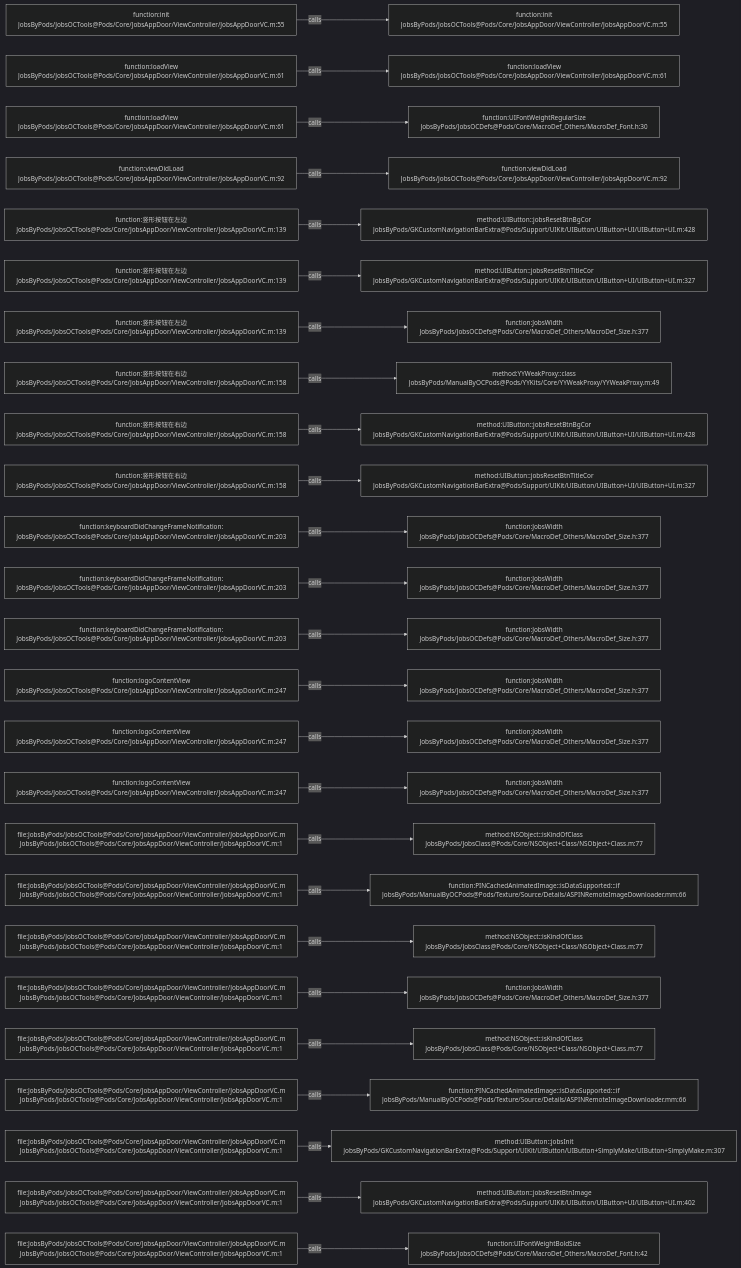
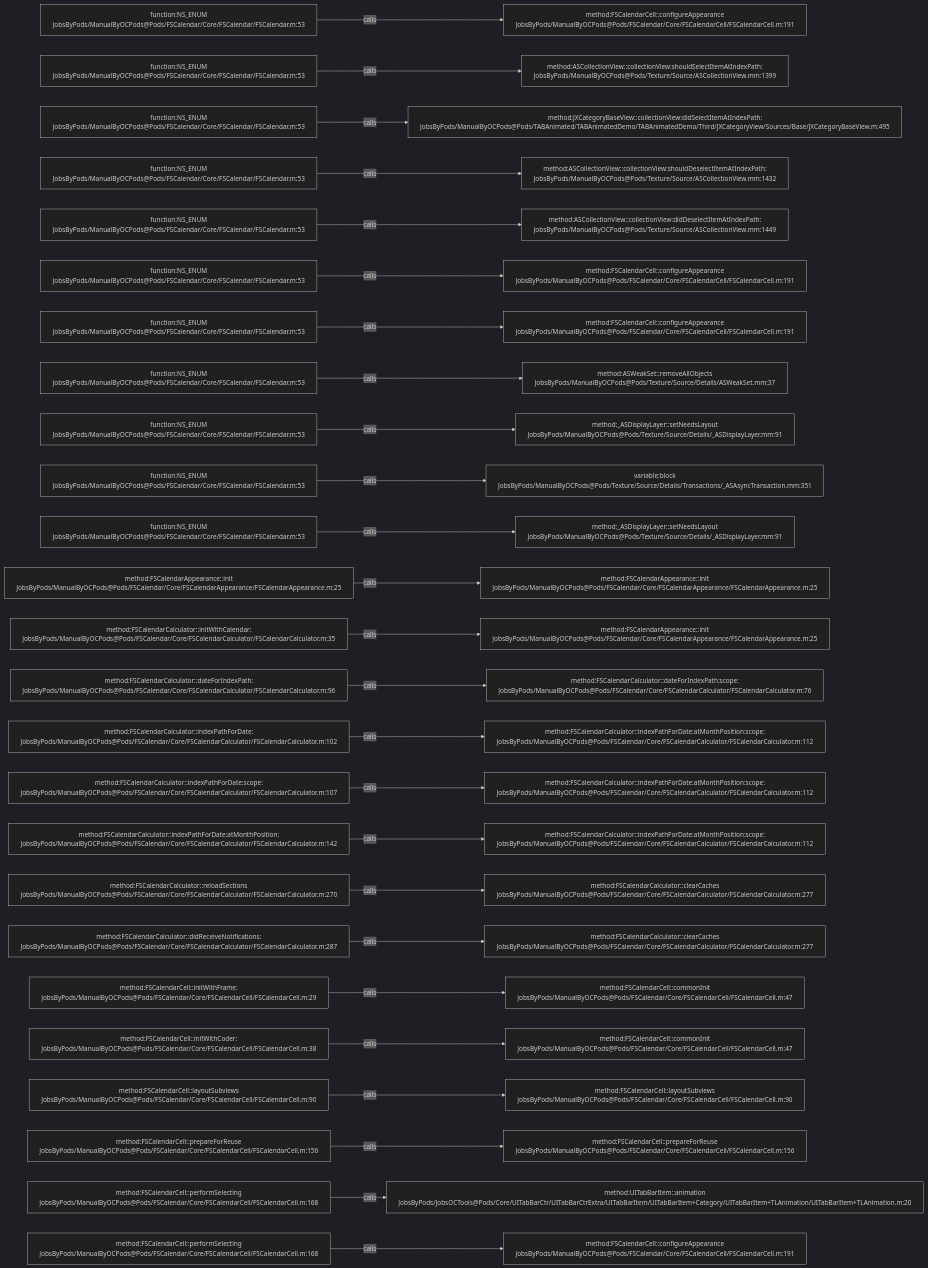
Before and after one commit to JobsKits/JobsOCBaseConfigDemo: the diagram in .codegraph/codegraph.md/graphs/calls-190.md, drawn with Mermaid (dark theme). The commit also changed 1026 other files, not shown here.

````diff
--- a/.codegraph/codegraph.md/graphs/calls-190.md
+++ b/.codegraph/codegraph.md/graphs/calls-190.md
@@ -13,78 +13,78 @@
 ```mermaid
 flowchart LR
-  S1["function:init<br/>JobsByPods/JobsOCTools@Pods/Core/JobsAppDoor/ViewController/JobsAppDoorVC.m:55"]
-  T1["function:init<br/>JobsByPods/JobsOCTools@Pods/Core/JobsAppDoor/ViewController/JobsAppDoorVC.m:55"]
+  S1["function:NS_ENUM<br/>JobsByPods/ManualByOCPods@Pods/FSCalendar/Core/FSCalendar/FSCalendar.m:53"]
+  T1["method:FSCalendarCell::configureAppearance<br/>JobsByPods/ManualByOCPods@Pods/FSCalendar/Core/FSCalendarCell/FSCalendarCell.m:191"]
   S1 -->|calls| T1
-  S2["function:loadView<br/>JobsByPods/JobsOCTools@Pods/Core/JobsAppDoor/ViewController/JobsAppDoorVC.m:61"]
-  T2["function:loadView<br/>JobsByPods/JobsOCTools@Pods/Core/JobsAppDoor/ViewController/JobsAppDoorVC.m:61"]
+  S2["function:NS_ENUM<br/>JobsByPods/ManualByOCPods@Pods/FSCalendar/Core/FSCalendar/FSCalendar.m:53"]
+  T2["method:ASCollectionView::collectionView:shouldSelectItemAtIndexPath:<br/>JobsByPods/ManualByOCPods@Pods/Texture/Source/ASCollectionView.mm:1399"]
   S2 -->|calls| T2
-  S3["function:loadView<br/>JobsByPods/JobsOCTools@Pods/Core/JobsAppDoor/ViewController/JobsAppDoorVC.m:61"]
-  T3["function:UIFontWeightRegularSize<br/>JobsByPods/JobsOCDefs@Pods/Core/MacroDef_Others/MacroDef_Font.h:30"]
+  S3["function:NS_ENUM<br/>JobsByPods/ManualByOCPods@Pods/FSCalendar/Core/FSCalendar/FSCalendar.m:53"]
+  T3["method:JXCategoryBaseView::collectionView:didSelectItemAtIndexPath:<br/>JobsByPods/ManualByOCPods@Pods/TABAnimated/TABAnimatedDemo/TABAnimatedDemo/Third/JXCategoryView/Sources/Base/JXCategoryBaseView.m:495"]
   S3 -->|calls| T3
-  S4["function:viewDidLoad<br/>JobsByPods/JobsOCTools@Pods/Core/JobsAppDoor/ViewController/JobsAppDoorVC.m:92"]
-  T4["function:viewDidLoad<br/>JobsByPods/JobsOCTools@Pods/Core/JobsAppDoor/ViewController/JobsAppDoorVC.m:92"]
+  S4["function:NS_ENUM<br/>JobsByPods/ManualByOCPods@Pods/FSCalendar/Core/FSCalendar/FSCalendar.m:53"]
+  T4["method:ASCollectionView::collectionView:shouldDeselectItemAtIndexPath:<br/>JobsByPods/ManualByOCPods@Pods/Texture/Source/ASCollectionView.mm:1432"]
   S4 -->|calls| T4
-  S5["function:竖形按钮在左边<br/>JobsByPods/JobsOCTools@Pods/Core/JobsAppDoor/ViewController/JobsAppDoorVC.m:139"]
-  T5["method:UIButton::jobsResetBtnBgCor<br/>JobsByPods/GKCustomNavigationBarExtra@Pods/Support/UIKit/UIButton/UIButton+UI/UIButton+UI.m:428"]
+  S5["function:NS_ENUM<br/>JobsByPods/ManualByOCPods@Pods/FSCalendar/Core/FSCalendar/FSCalendar.m:53"]
+  T5["method:ASCollectionView::collectionView:didDeselectItemAtIndexPath:<br/>JobsByPods/ManualByOCPods@Pods/Texture/Source/ASCollectionView.mm:1449"]
   S5 -->|calls| T5
-  S6["function:竖形按钮在左边<br/>JobsByPods/JobsOCTools@Pods/Core/JobsAppDoor/ViewController/JobsAppDoorVC.m:139"]
-  T6["method:UIButton::jobsResetBtnTitleCor<br/>JobsByPods/GKCustomNavigationBarExtra@Pods/Support/UIKit/UIButton/UIButton+UI/UIButton+UI.m:327"]
+  S6["function:NS_ENUM<br/>JobsByPods/ManualByOCPods@Pods/FSCalendar/Core/FSCalendar/FSCalendar.m:53"]
+  T6["method:FSCalendarCell::configureAppearance<br/>JobsByPods/ManualByOCPods@Pods/FSCalendar/Core/FSCalendarCell/FSCalendarCell.m:191"]
   S6 -->|calls| T6
-  S7["function:竖形按钮在左边<br/>JobsByPods/JobsOCTools@Pods/Core/JobsAppDoor/ViewController/JobsAppDoorVC.m:139"]
-  T7["function:JobsWidth<br/>JobsByPods/JobsOCDefs@Pods/Core/MacroDef_Others/MacroDef_Size.h:377"]
+  S7["function:NS_ENUM<br/>JobsByPods/ManualByOCPods@Pods/FSCalendar/Core/FSCalendar/FSCalendar.m:53"]
+  T7["method:FSCalendarCell::configureAppearance<br/>JobsByPods/ManualByOCPods@Pods/FSCalendar/Core/FSCalendarCell/FSCalendarCell.m:191"]
   S7 -->|calls| T7
-  S8["function:竖形按钮在右边<br/>JobsByPods/JobsOCTools@Pods/Core/JobsAppDoor/ViewController/JobsAppDoorVC.m:158"]
-  T8["method:YYWeakProxy::class<br/>JobsByPods/ManualByOCPods@Pods/YYKits/Core/YYWeakProxy/YYWeakProxy.m:49"]
+  S8["function:NS_ENUM<br/>JobsByPods/ManualByOCPods@Pods/FSCalendar/Core/FSCalendar/FSCalendar.m:53"]
+  T8["method:ASWeakSet::removeAllObjects<br/>JobsByPods/ManualByOCPods@Pods/Texture/Source/Details/ASWeakSet.mm:37"]
   S8 -->|calls| T8
-  S9["function:竖形按钮在右边<br/>JobsByPods/JobsOCTools@Pods/Core/JobsAppDoor/ViewController/JobsAppDoorVC.m:158"]
-  T9["method:UIButton::jobsResetBtnBgCor<br/>JobsByPods/GKCustomNavigationBarExtra@Pods/Support/UIKit/UIButton/UIButton+UI/UIButton+UI.m:428"]
+  S9["function:NS_ENUM<br/>JobsByPods/ManualByOCPods@Pods/FSCalendar/Core/FSCalendar/FSCalendar.m:53"]
+  T9["method:_ASDisplayLayer::setNeedsLayout<br/>JobsByPods/ManualByOCPods@Pods/Texture/Source/Details/_ASDisplayLayer.mm:91"]
   S9 -->|calls| T9
-  S10["function:竖形按钮在右边<br/>JobsByPods/JobsOCTools@Pods/Core/JobsAppDoor/ViewController/JobsAppDoorVC.m:158"]
-  T10["method:UIButton::jobsResetBtnTitleCor<br/>JobsByPods/GKCustomNavigationBarExtra@Pods/Support/UIKit/UIButton/UIButton+UI/UIButton+UI.m:327"]
+  S10["function:NS_ENUM<br/>JobsByPods/ManualByOCPods@Pods/FSCalendar/Core/FSCalendar/FSCalendar.m:53"]
+  T10["variable:block<br/>JobsByPods/ManualByOCPods@Pods/Texture/Source/Details/Transactions/_ASAsyncTransaction.mm:351"]
   S10 -->|calls| T10
-  S11["function:keyboardDidChangeFrameNotification:<br/>JobsByPods/JobsOCTools@Pods/Core/JobsAppDoor/ViewController/JobsAppDoorVC.m:203"]
-  T11["function:JobsWidth<br/>JobsByPods/JobsOCDefs@Pods/Core/MacroDef_Others/MacroDef_Size.h:377"]
+  S11["function:NS_ENUM<br/>JobsByPods/ManualByOCPods@Pods/FSCalendar/Core/FSCalendar/FSCalendar.m:53"]
+  T11["method:_ASDisplayLayer::setNeedsLayout<br/>JobsByPods/ManualByOCPods@Pods/Texture/Source/Details/_ASDisplayLayer.mm:91"]
   S11 -->|calls| T11
-  S12["function:keyboardDidChangeFrameNotification:<br/>JobsByPods/JobsOCTools@Pods/Core/JobsAppDoor/ViewController/JobsAppDoorVC.m:203"]
-  T12["function:JobsWidth<br/>JobsByPods/JobsOCDefs@Pods/Core/MacroDef_Others/MacroDef_Size.h:377"]
+  S12["method:FSCalendarAppearance::init<br/>JobsByPods/ManualByOCPods@Pods/FSCalendar/Core/FSCalendarAppearance/FSCalendarAppearance.m:25"]
+  T12["method:FSCalendarAppearance::init<br/>JobsByPods/ManualByOCPods@Pods/FSCalendar/Core/FSCalendarAppearance/FSCalendarAppearance.m:25"]
   S12 -->|calls| T12
-  S13["function:keyboardDidChangeFrameNotification:<br/>JobsByPods/JobsOCTools@Pods/Core/JobsAppDoor/ViewController/JobsAppDoorVC.m:203"]
-  T13["function:JobsWidth<br/>JobsByPods/JobsOCDefs@Pods/Core/MacroDef_Others/MacroDef_Size.h:377"]
+  S13["method:FSCalendarCalculator::initWithCalendar:<br/>JobsByPods/ManualByOCPods@Pods/FSCalendar/Core/FSCalendarCalculator/FSCalendarCalculator.m:35"]
+  T13["method:FSCalendarAppearance::init<br/>JobsByPods/ManualByOCPods@Pods/FSCalendar/Core/FSCalendarAppearance/FSCalendarAppearance.m:25"]
   S13 -->|calls| T13
-  S14["function:logoContentView<br/>JobsByPods/JobsOCTools@Pods/Core/JobsAppDoor/ViewController/JobsAppDoorVC.m:247"]
-  T14["function:JobsWidth<br/>JobsByPods/JobsOCDefs@Pods/Core/MacroDef_Others/MacroDef_Size.h:377"]
+  S14["method:FSCalendarCalculator::dateForIndexPath:<br/>JobsByPods/ManualByOCPods@Pods/FSCalendar/Core/FSCalendarCalculator/FSCalendarCalculator.m:96"]
+  T14["method:FSCalendarCalculator::dateForIndexPath:scope:<br/>JobsByPods/ManualByOCPods@Pods/FSCalendar/Core/FSCalendarCalculator/FSCalendarCalculator.m:76"]
   S14 -->|calls| T14
-  S15["function:logoContentView<br/>JobsByPods/JobsOCTools@Pods/Core/JobsAppDoor/ViewController/JobsAppDoorVC.m:247"]
-  T15["function:JobsWidth<br/>JobsByPods/JobsOCDefs@Pods/Core/MacroDef_Others/MacroDef_Size.h:377"]
+  S15["method:FSCalendarCalculator::indexPathForDate:<br/>JobsByPods/ManualByOCPods@Pods/FSCalendar/Core/FSCalendarCalculator/FSCalendarCalculator.m:102"]
+  T15["method:FSCalendarCalculator::indexPathForDate:atMonthPosition:scope:<br/>JobsByPods/ManualByOCPods@Pods/FSCalendar/Core/FSCalendarCalculator/FSCalendarCalculator.m:112"]
   S15 -->|calls| T15
-  S16["function:logoContentView<br/>JobsByPods/JobsOCTools@Pods/Core/JobsAppDoor/ViewController/JobsAppDoorVC.m:247"]
-  T16["function:JobsWidth<br/>JobsByPods/JobsOCDefs@Pods/Core/MacroDef_Others/MacroDef_Size.h:377"]
+  S16["method:FSCalendarCalculator::indexPathForDate:scope:<br/>JobsByPods/ManualByOCPods@Pods/FSCalendar/Core/FSCalendarCalculator/FSCalendarCalculator.m:107"]
+  T16["method:FSCalendarCalculator::indexPathForDate:atMonthPosition:scope:<br/>JobsByPods/ManualByOCPods@Pods/FSCalendar/Core/FSCalendarCalculator/FSCalendarCalculator.m:112"]
   S16 -->|calls| T16
-  S17["file:JobsByPods/JobsOCTools@Pods/Core/JobsAppDoor/ViewController/JobsAppDoorVC.m<br/>JobsByPods/JobsOCTools@Pods/Core/JobsAppDoor/ViewController/JobsAppDoorVC.m:1"]
-  T17["method:NSObject::isKindOfClass<br/>JobsByPods/JobsClass@Pods/Core/NSObject+Class/NSObject+Class.m:77"]
+  S17["method:FSCalendarCalculator::indexPathForDate:atMonthPosition:<br/>JobsByPods/ManualByOCPods@Pods/FSCalendar/Core/FSCalendarCalculator/FSCalendarCalculator.m:142"]
+  T17["method:FSCalendarCalculator::indexPathForDate:atMonthPosition:scope:<br/>JobsByPods/ManualByOCPods@Pods/FSCalendar/Core/FSCalendarCalculator/FSCalendarCalculator.m:112"]
   S17 -->|calls| T17
-  S18["file:JobsByPods/JobsOCTools@Pods/Core/JobsAppDoor/ViewController/JobsAppDoorVC.m<br/>JobsByPods/JobsOCTools@Pods/Core/JobsAppDoor/ViewController/JobsAppDoorVC.m:1"]
-  T18["function:PINCachedAnimatedImage::isDataSupported:::if<br/>JobsByPods/ManualByOCPods@Pods/Texture/Source/Details/ASPINRemoteImageDownloader.mm:66"]
+  S18["method:FSCalendarCalculator::reloadSections<br/>JobsByPods/ManualByOCPods@Pods/FSCalendar/Core/FSCalendarCalculator/FSCalendarCalculator.m:270"]
+  T18["method:FSCalendarCalculator::clearCaches<br/>JobsByPods/ManualByOCPods@Pods/FSCalendar/Core/FSCalendarCalculator/FSCalendarCalculator.m:277"]
   S18 -->|calls| T18
-  S19["file:JobsByPods/JobsOCTools@Pods/Core/JobsAppDoor/ViewController/JobsAppDoorVC.m<br/>JobsByPods/JobsOCTools@Pods/Core/JobsAppDoor/ViewController/JobsAppDoorVC.m:1"]
-  T19["method:NSObject::isKindOfClass<br/>JobsByPods/JobsClass@Pods/Core/NSObject+Class/NSObject+Class.m:77"]
+  S19["method:FSCalendarCalculator::didReceiveNotifications:<br/>JobsByPods/ManualByOCPods@Pods/FSCalendar/Core/FSCalendarCalculator/FSCalendarCalculator.m:287"]
+  T19["method:FSCalendarCalculator::clearCaches<br/>JobsByPods/ManualByOCPods@Pods/FSCalendar/Core/FSCalendarCalculator/FSCalendarCalculator.m:277"]
   S19 -->|calls| T19
-  S20["file:JobsByPods/JobsOCTools@Pods/Core/JobsAppDoor/ViewController/JobsAppDoorVC.m<br/>JobsByPods/JobsOCTools@Pods/Core/JobsAppDoor/ViewController/JobsAppDoorVC.m:1"]
-  T20["function:JobsWidth<br/>JobsByPods/JobsOCDefs@Pods/Core/MacroDef_Others/MacroDef_Size.h:377"]
+  S20["method:FSCalendarCell::initWithFrame:<br/>JobsByPods/ManualByOCPods@Pods/FSCalendar/Core/FSCalendarCell/FSCalendarCell.m:29"]
+  T20["method:FSCalendarCell::commonInit<br/>JobsByPods/ManualByOCPods@Pods/FSCalendar/Core/FSCalendarCell/FSCalendarCell.m:47"]
   S20 -->|calls| T20
-  S21["file:JobsByPods/JobsOCTools@Pods/Core/JobsAppDoor/ViewController/JobsAppDoorVC.m<br/>JobsByPods/JobsOCTools@Pods/Core/JobsAppDoor/ViewController/JobsAppDoorVC.m:1"]
-  T21["method:NSObject::isKindOfClass<br/>JobsByPods/JobsClass@Pods/Core/NSObject+Class/NSObject+Class.m:77"]
+  S21["method:FSCalendarCell::initWithCoder:<br/>JobsByPods/ManualByOCPods@Pods/FSCalendar/Core/FSCalendarCell/FSCalendarCell.m:38"]
+  T21["method:FSCalendarCell::commonInit<br/>JobsByPods/ManualByOCPods@Pods/FSCalendar/Core/FSCalendarCell/FSCalendarCell.m:47"]
   S21 -->|calls| T21
-  S22["file:JobsByPods/JobsOCTools@Pods/Core/JobsAppDoor/ViewController/JobsAppDoorVC.m<br/>JobsByPods/JobsOCTools@Pods/Core/JobsAppDoor/ViewController/JobsAppDoorVC.m:1"]
-  T22["function:PINCachedAnimatedImage::isDataSupported:::if<br/>JobsByPods/ManualByOCPods@Pods/Texture/Source/Details/ASPINRemoteImageDownloader.mm:66"]
+  S22["method:FSCalendarCell::layoutSubviews<br/>JobsByPods/ManualByOCPods@Pods/FSCalendar/Core/FSCalendarCell/FSCalendarCell.m:90"]
+  T22["method:FSCalendarCell::layoutSubviews<br/>JobsByPods/ManualByOCPods@Pods/FSCalendar/Core/FSCalendarCell/FSCalendarCell.m:90"]
   S22 -->|calls| T22
-  S23["file:JobsByPods/JobsOCTools@Pods/Core/JobsAppDoor/ViewController/JobsAppDoorVC.m<br/>JobsByPods/JobsOCTools@Pods/Core/JobsAppDoor/ViewController/JobsAppDoorVC.m:1"]
-  T23["method:UIButton::jobsInit<br/>JobsByPods/GKCustomNavigationBarExtra@Pods/Support/UIKit/UIButton/UIButton+SimplyMake/UIButton+SimplyMake.m:307"]
+  S23["method:FSCalendarCell::prepareForReuse<br/>JobsByPods/ManualByOCPods@Pods/FSCalendar/Core/FSCalendarCell/FSCalendarCell.m:156"]
+  T23["method:FSCalendarCell::prepareForReuse<br/>JobsByPods/ManualByOCPods@Pods/FSCalendar/Core/FSCalendarCell/FSCalendarCell.m:156"]
   S23 -->|calls| T23
-  S24["file:JobsByPods/JobsOCTools@Pods/Core/JobsAppDoor/ViewController/JobsAppDoorVC.m<br/>JobsByPods/JobsOCTools@Pods/Core/JobsAppDoor/ViewController/JobsAppDoorVC.m:1"]
-  T24["method:UIButton::jobsResetBtnImage<br/>JobsByPods/GKCustomNavigationBarExtra@Pods/Support/UIKit/UIButton/UIButton+UI/UIButton+UI.m:402"]
+  S24["method:FSCalendarCell::performSelecting<br/>JobsByPods/ManualByOCPods@Pods/FSCalendar/Core/FSCalendarCell/FSCalendarCell.m:168"]
+  T24["method:UITabBarItem::animation<br/>JobsByPods/JobsOCTools@Pods/Core/UITabBarCtr/UITabBarCtrExtra/UITabBarItem/UITabBarItem+Category/UITabBarItem+TLAnimation/UITabBarItem+TLAnimation.m:20"]
   S24 -->|calls| T24
-  S25["file:JobsByPods/JobsOCTools@Pods/Core/JobsAppDoor/ViewController/JobsAppDoorVC.m<br/>JobsByPods/JobsOCTools@Pods/Core/JobsAppDoor/ViewController/JobsAppDoorVC.m:1"]
-  T25["function:UIFontWeightBoldSize<br/>JobsByPods/JobsOCDefs@Pods/Core/MacroDef_Others/MacroDef_Font.h:42"]
+  S25["method:FSCalendarCell::performSelecting<br/>JobsByPods/ManualByOCPods@Pods/FSCalendar/Core/FSCalendarCell/FSCalendarCell.m:168"]
+  T25["method:FSCalendarCell::configureAppearance<br/>JobsByPods/ManualByOCPods@Pods/FSCalendar/Core/FSCalendarCell/FSCalendarCell.m:191"]
   S25 -->|calls| T25
 ```
````
